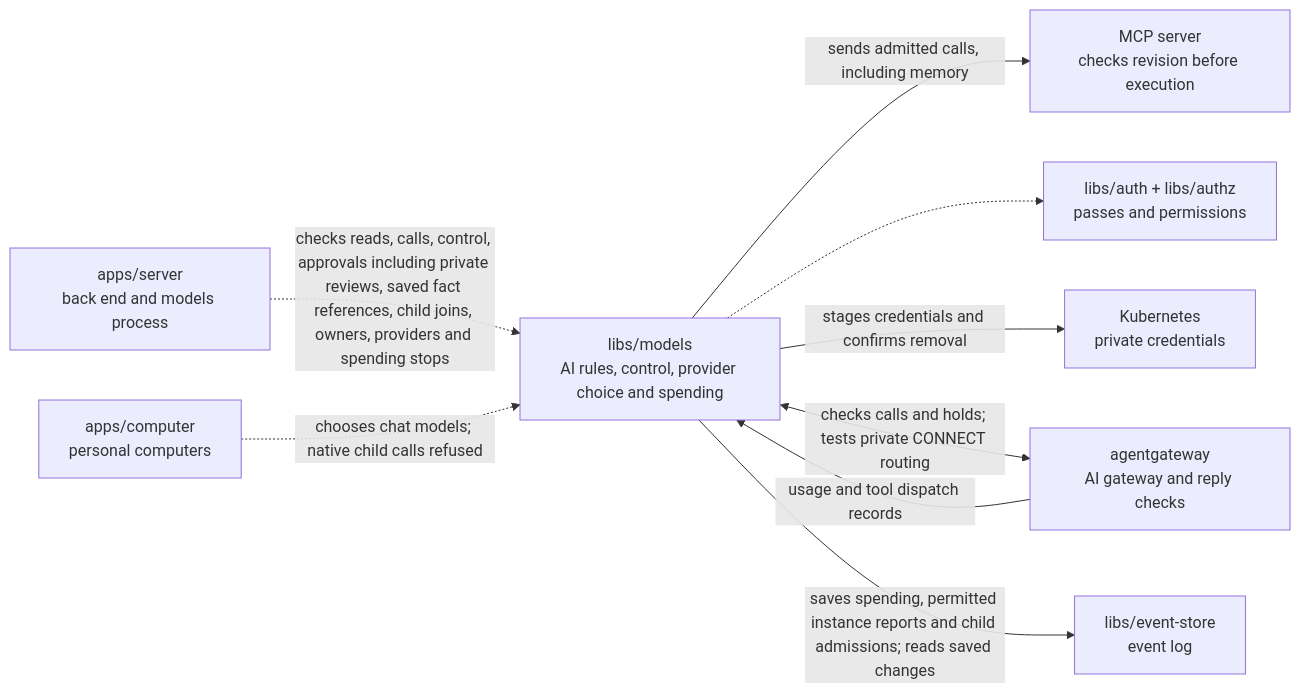
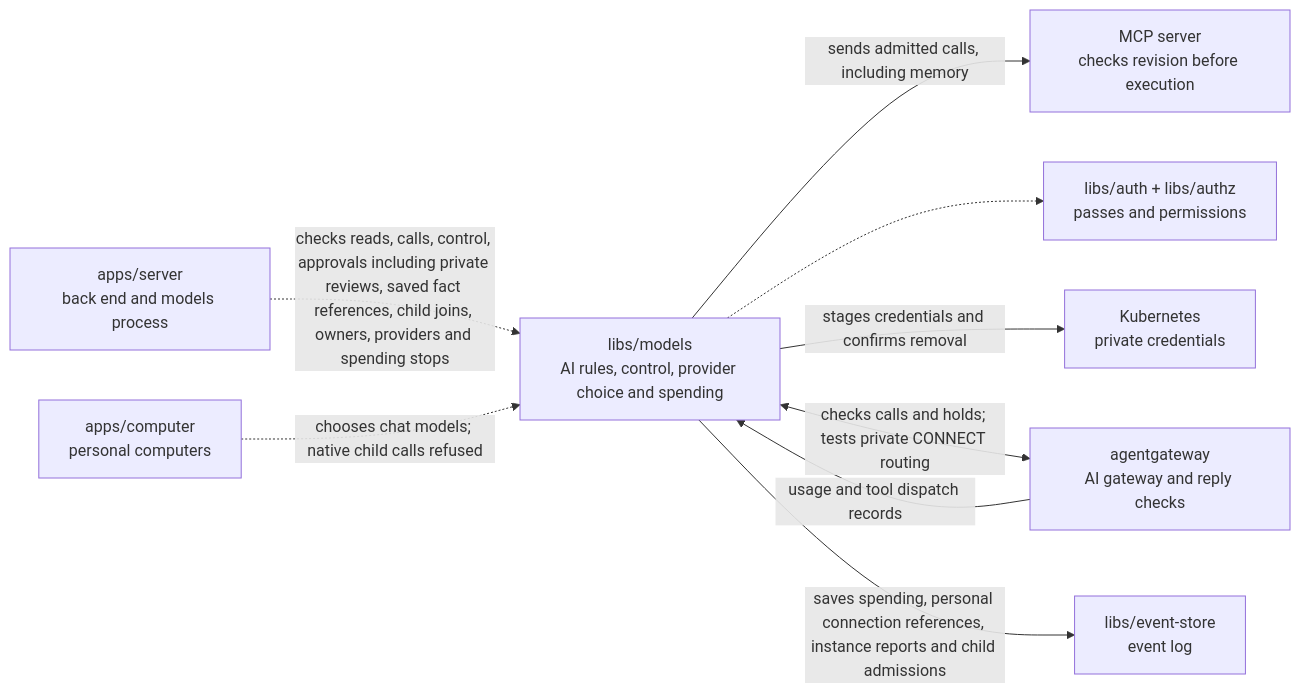
The diagram in libs/models/README.md (elewa-git/opencrane-new), drawn with Mermaid before and after one commit. The commit also changed other lines of this file and 12 other files, not shown here.

Commit message:
🔐 Save and rotate personal bearer profile references

````diff
--- a/libs/models/README.md
+++ b/libs/models/README.md
@@ -14,11 +14,11 @@
 ```mermaid
 flowchart LR
   server["apps/server<br/>back end and models process"] -.->|checks reads, calls, control, approvals including private reviews, saved fact references, child joins, owners, providers and spending stops| models["libs/models<br/>AI rules, control, provider choice and spending"]
   models -->|sends admitted calls, including memory| mcp["MCP server<br/>checks revision before execution"]
   computer["apps/computer<br/>personal computers"] -.->|chooses chat models; native child calls refused| models
   models -.-> auth["libs/auth + libs/authz<br/>passes and permissions"]
   models -->|stages credentials and confirms removal| custody["Kubernetes<br/>private credentials"]
   models <-->|checks calls and holds; tests private CONNECT routing| gateway["agentgateway<br/>AI gateway and reply checks"]
   gateway -->|usage and tool dispatch records| models
-  models -->|saves spending, permitted instance reports and child admissions; reads saved changes| store["libs/event-store<br/>event log"]
+  models -->|saves spending, personal connection references, instance reports and child admissions| store["libs/event-store<br/>event log"]
 ```
````
